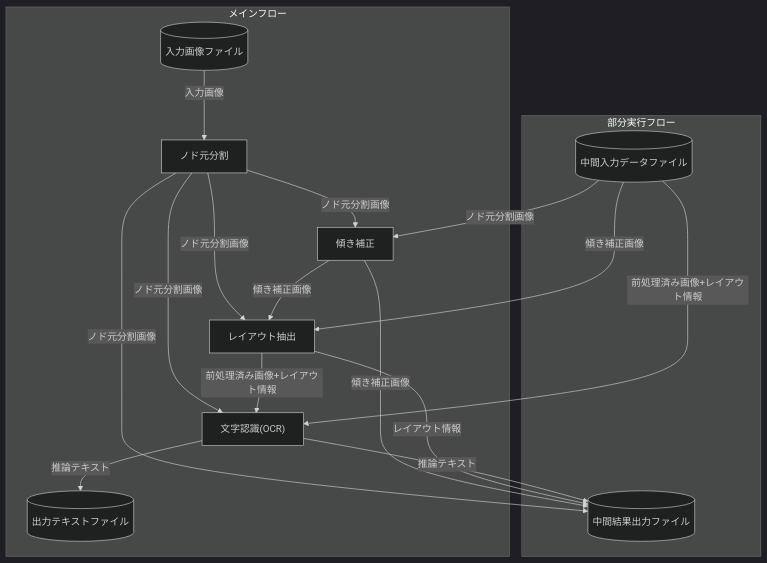
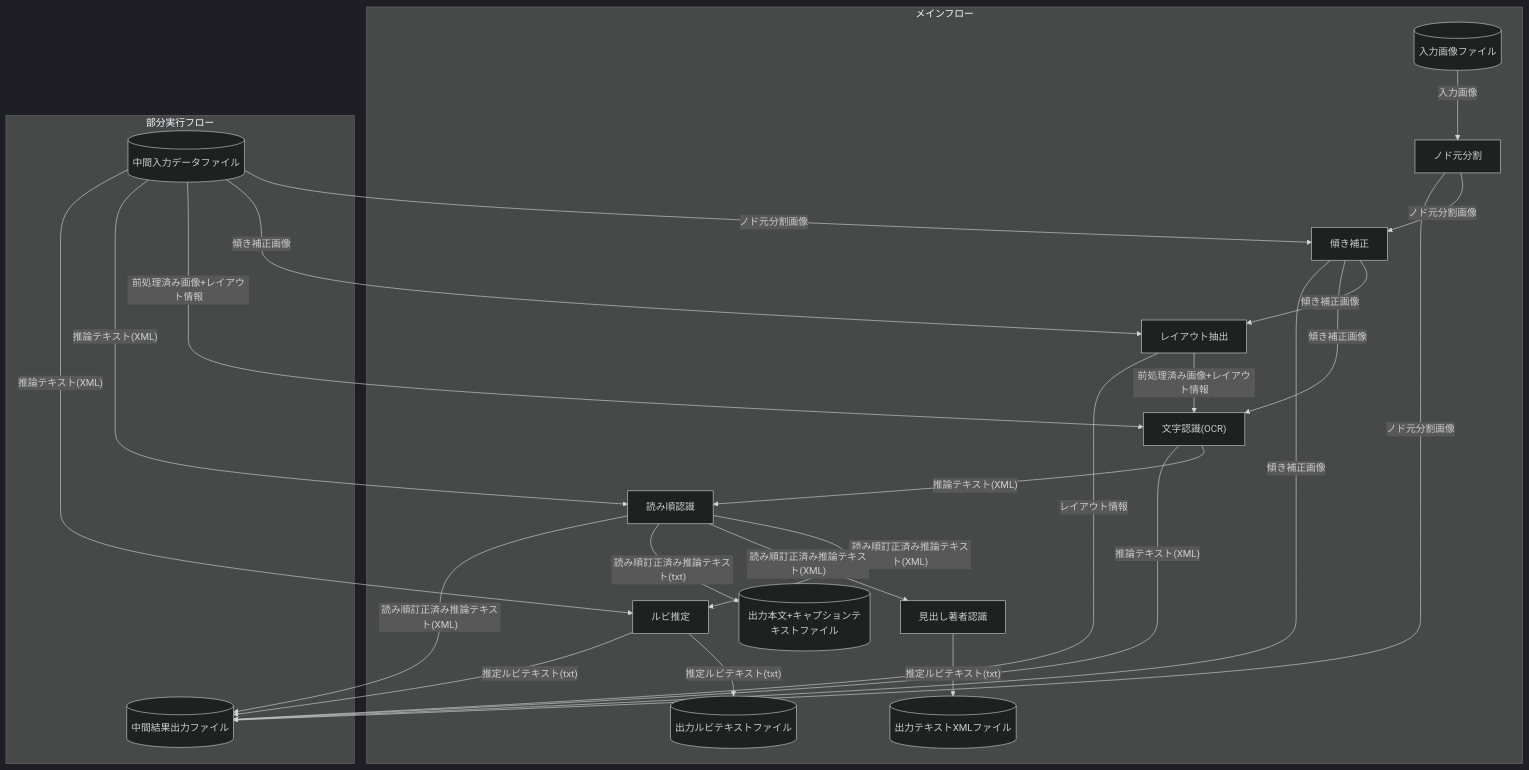
Before and after one commit to ndl-lab/ndlocr_cli: the diagram in README.md, drawn with Mermaid (dark theme). The commit also changed other lines of this file and 33 other files, not shown here.

````diff
--- a/README.md
+++ b/README.md
@@ -244,27 +281,41 @@
 ```mermaid
 graph TD
   subgraph メインフロー
     st0[(入力画像ファイル)];
-    e0[(出力テキストファイル)];
+    e0[(出力本文+キャプションテキストファイル)];
+    e2[(出力ルビテキストファイル)];
+    e3[(出力テキストXMLファイル)];
     A[ノド元分割];
     B[傾き補正];
     C[レイアウト抽出];
     D["文字認識(OCR)"];
+    E["読み順認識"];
+    F["ルビ推定"];
+    G["見出し著者認識"];
     st0 --入力画像--> A;
-    A --ノド元分割画像--> B & C & D;
-    B --傾き補正画像--> C;
+    A --ノド元分割画像--> B;
+    B --傾き補正画像--> C & D;
     C --前処理済み画像+レイアウト情報--> D;
-    D --推論テキスト--> e0;
+    D --"推論テキスト(XML)"--> E;
+    E --"読み順訂正済み推論テキスト(XML)"--> F;
+    E --"読み順訂正済み推論テキスト(XML)"--> G;
+    E --"読み順訂正済み推論テキスト(txt)"--> e0;
+    F --"推定ルビテキスト(txt)"--> e2;
+    G --"推定ルビテキスト(txt)"--> e3;
   end
   subgraph 部分実行フロー
     st1[(中間入力データファイル)]
     e1[(中間結果出力ファイル)];
     A --ノド元分割画像--> e1;
     B --傾き補正画像--> e1;
     C --レイアウト情報--> e1;
-    D --推論テキスト--> e1;
+    D --"推論テキスト(XML)"--> e1;
+    E --"読み順訂正済み推論テキスト(XML)"--> e1;
+    F --"推定ルビテキスト(txt)"--> e1;
     st1 --"ノド元分割画像"--> B;
     st1 --"傾き補正画像"--> C;
     st1 --"前処理済み画像+レイアウト情報"--> D;
+    st1 --"推論テキスト(XML)"--> E;
+    st1 --"推論テキスト(XML)"--> F;
   end
 ```
````
